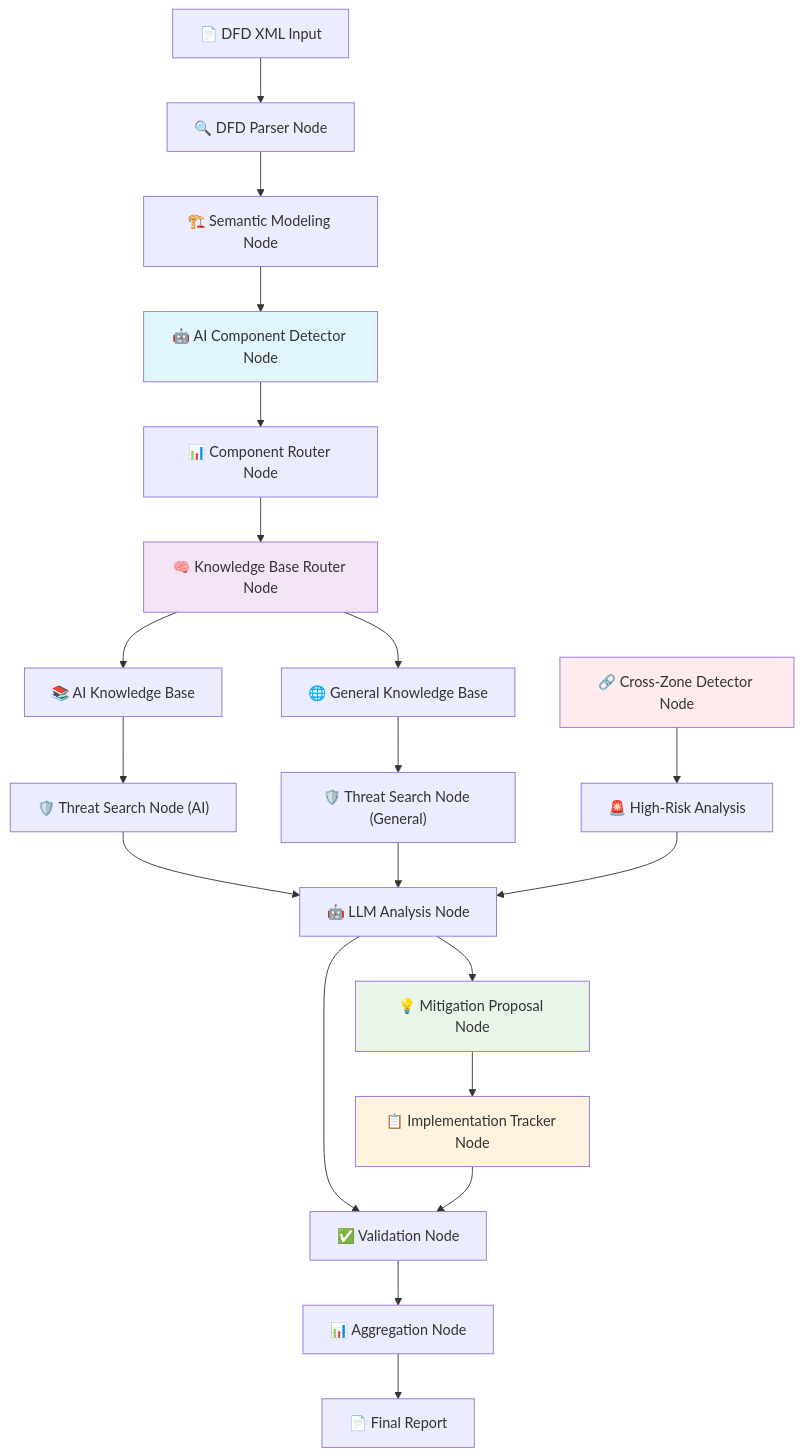
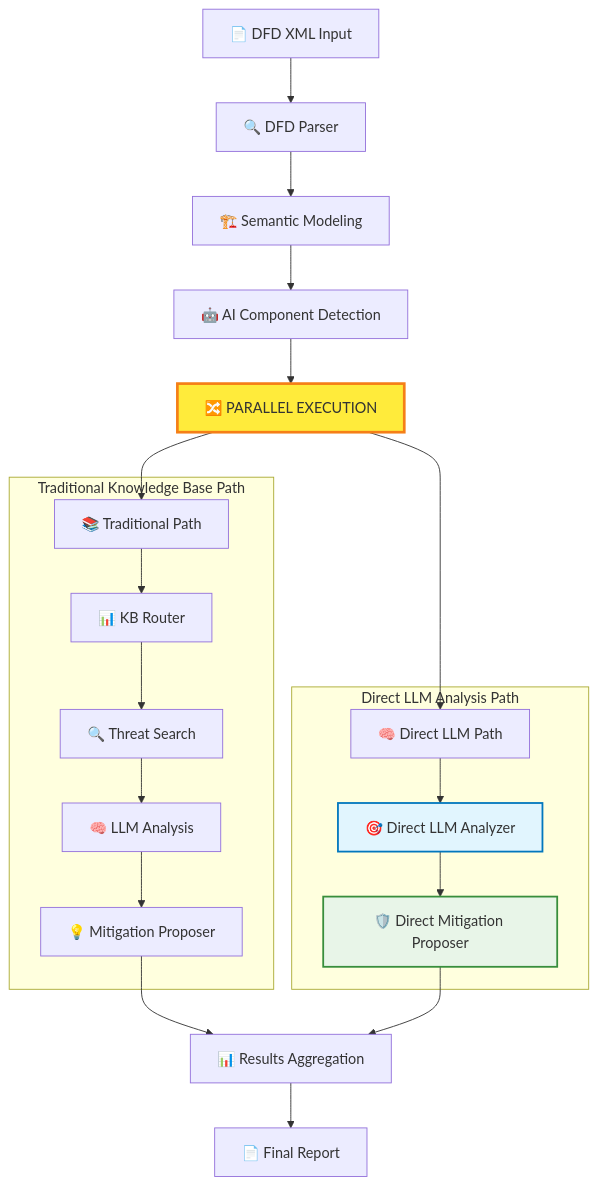
The diagram in README.md (fennih/fraitmo), drawn with Mermaid before and after one commit. The commit also changed other lines of this file and 11 other files, not shown here.

Commit message:
added nodes for parallel llm analysis of threat and mitigation, support for lm studio models

````diff
--- a/README.md
+++ b/README.md
@@ -160,36 +114,31 @@
 ```mermaid
 graph TD
-    A["📄 DFD XML Input"] --> B["🔍 DFD Parser Node"]
-    B --> C["🏗️ Semantic Modeling Node"]
-    C --> D["🤖 AI Component Detector Node"]
+    A["📄 DFD XML Input"] --> B["🔍 DFD Parser"]
+    B --> C["🏗️ Semantic Modeling"]
+    C --> D["🤖 AI Component Detection"]
     
-    D --> E["📊 Component Router Node"]
-    E --> F["🧠 Knowledge Base Router Node"]
+    D --> E["🔀 PARALLEL EXECUTION"]
     
-    F --> G["📚 AI Knowledge Base"]
-    F --> H["🌐 General Knowledge Base"]
+    E --> F["📚 Traditional Path"]
+    E --> G["🧠 Direct LLM Path"]
     
-    G --> I["🛡️ Threat Search Node (AI)"]
-    H --> J["🛡️ Threat Search Node (General)"]
+    subgraph "Traditional Knowledge Base Path"
+        F --> H["📊 KB Router"]
+        H --> I["🔍 Threat Search"]
+        I --> J["🧠 LLM Analysis"]
+        J --> K["💡 Mitigation Proposer"]
+    end
     
-    I --> K["🤖 LLM Analysis Node"]
-    J --> K
+    subgraph "Direct LLM Analysis Path"
+        G --> L["🎯 Direct LLM Analyzer"]
+        L --> M["🛡️ Direct Mitigation Proposer"]
+    end
     
-    K --> L["💡 Mitigation Proposal Node"]
-    L --> M["📋 Implementation Tracker Node"]
+    K --> N["📊 Results Aggregation"]
+    M --> N
+    N --> O["📄 Final Report"]
     
-    N["🔗 Cross-Zone Detector Node"] --> O["🚨 High-Risk Analysis"]
-    O --> K
-    
-    P["✅ Validation Node"] --> Q["📊 Aggregation Node"]
-    K --> P
-    M --> P
-    
-    Q --> R["📄 Final Report"]
-    
-    style D fill:#e1f5fe
-    style F fill:#f3e5f5
-    style L fill:#e8f5e8
-    style M fill:#fff3e0
-         style N fill:#ffebee
+    style E fill:#ffeb3b,stroke:#f57f17,stroke-width:3px
+    style L fill:#e1f5fe,stroke:#0277bd,stroke-width:2px
+    style M fill:#e8f5e8,stroke:#388e3c,stroke-width:2px
 ```
````
